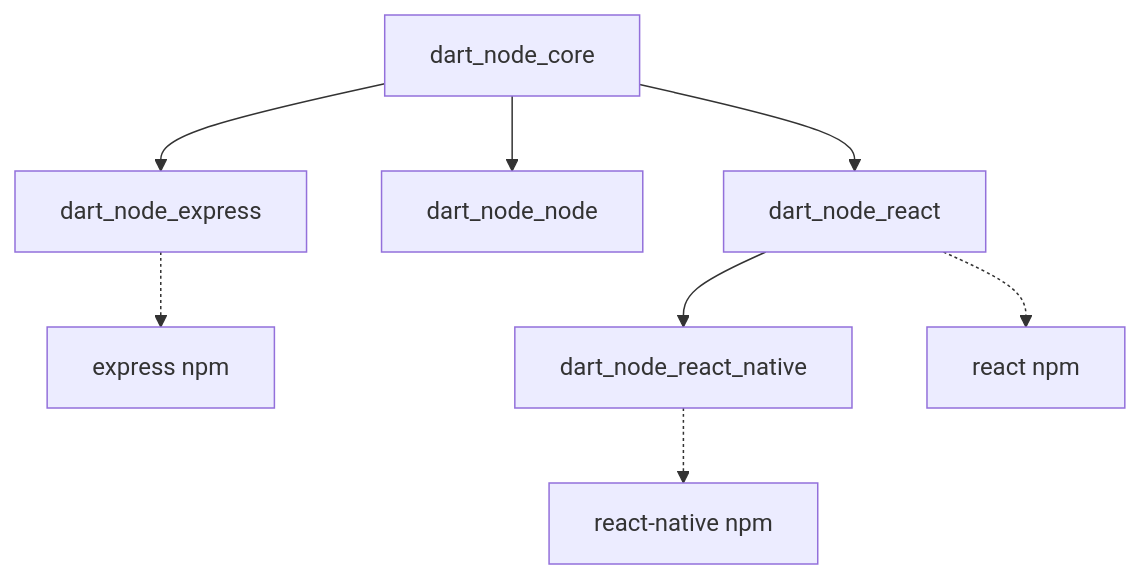
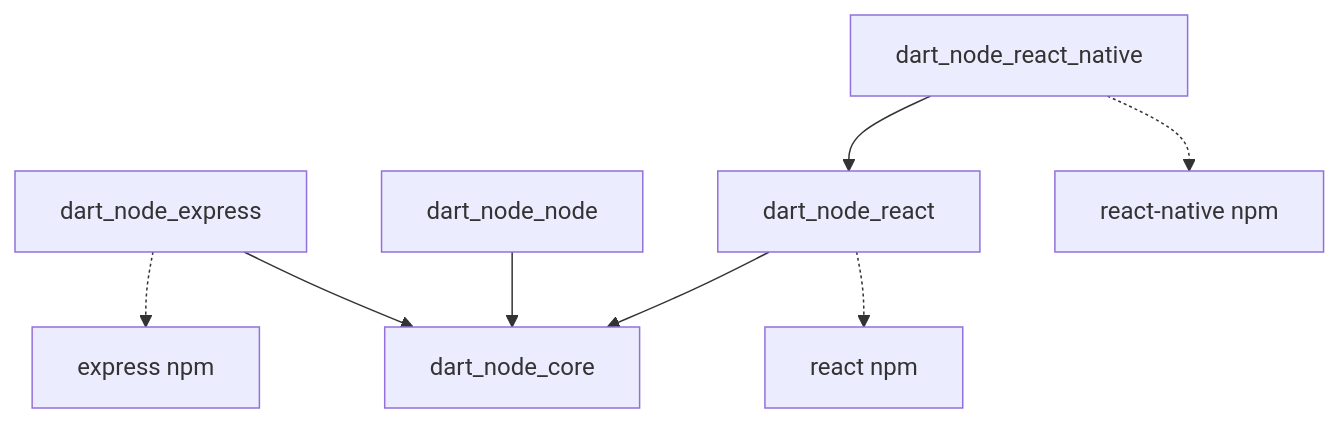
One commit to MelbourneDeveloper/dart_node changed the first of 2 diagrams in README.md. Above: the diagram before and after it, drawn with Mermaid. The commit also changed other lines of this file and 12 other files, not shown here.

````diff
--- a/README.md
+++ b/README.md
@@ -7,10 +7,10 @@
 ```mermaid
 graph TD
-    A[dart_node_core] --> B[dart_node_express]
-    A --> C[dart_node_node]
-    A --> D[dart_node_react]
-    D --> E[dart_node_react_native]
+    B[dart_node_express] --> A[dart_node_core]
+    C[dart_node_node] --> A
+    D[dart_node_react] --> A
+    E[dart_node_react_native] --> D
     B -.-> F[express npm]
     D -.-> G[react npm]
     E -.-> H[react-native npm]
 ```
````
